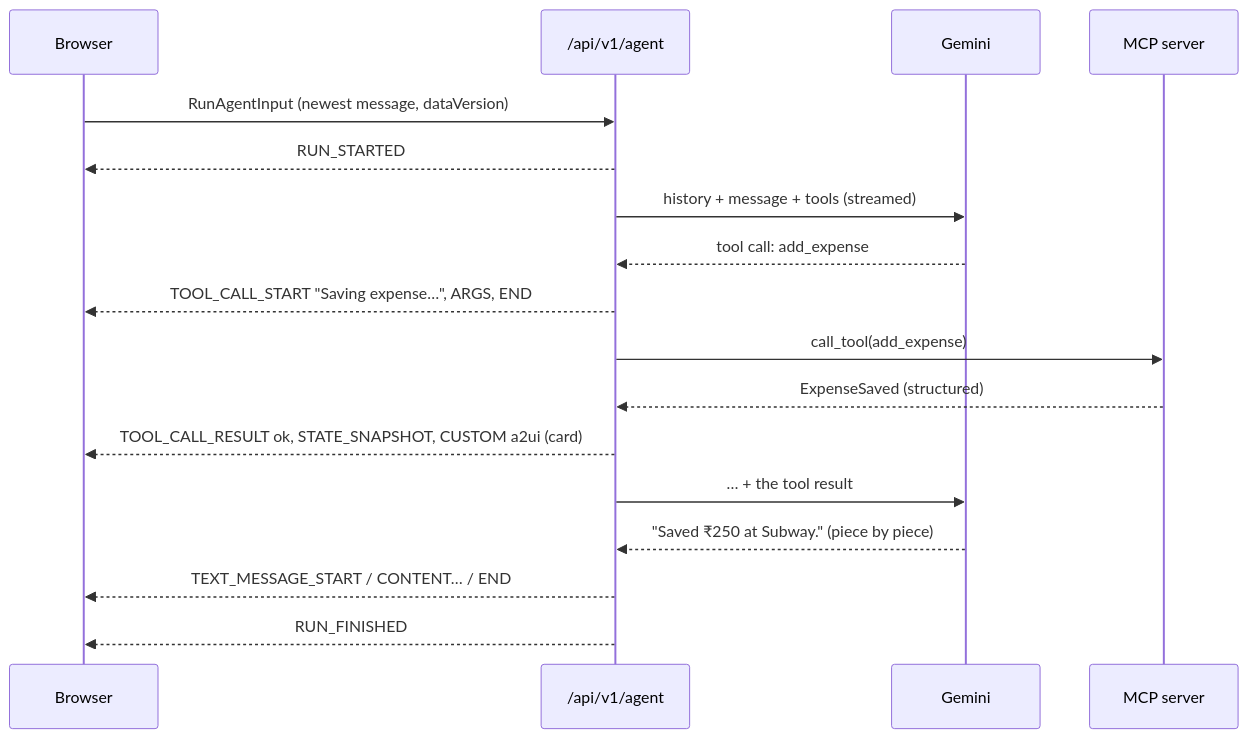
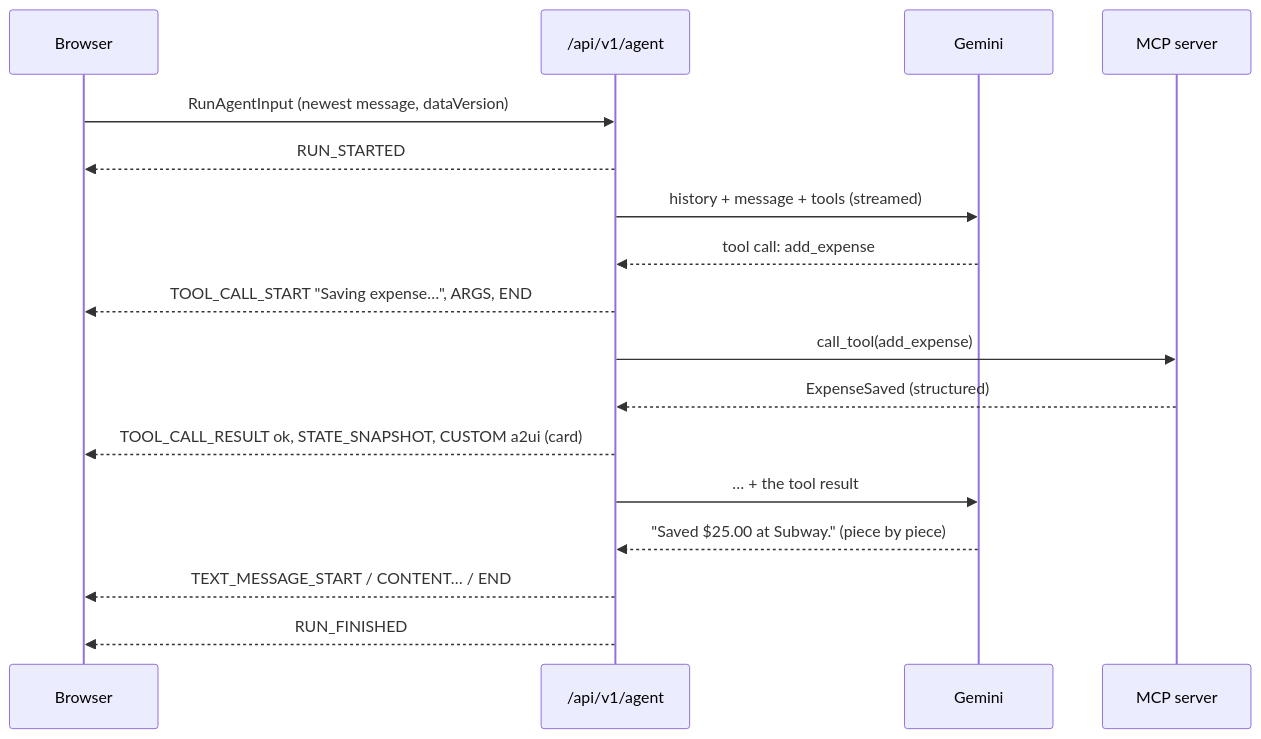
One commit to primecoderIN/trackwise.ai changed the third of 6 diagrams in docs/assistant_architecture.md. Above: the diagram before and after it, drawn with Mermaid. The commit also changed other lines of this file and 124 other files, not shown here.

````diff
--- a/docs/assistant_architecture.md
+++ b/docs/assistant_architecture.md
@@ -144,19 +144,19 @@
 ```mermaid
 sequenceDiagram
     participant B as Browser
     participant A as /api/v1/agent
     participant G as Gemini
     participant M as MCP server
     B->>A: RunAgentInput (newest message, dataVersion)
     A-->>B: RUN_STARTED
     A->>G: history + message + tools (streamed)
     G-->>A: tool call: add_expense
     A-->>B: TOOL_CALL_START "Saving expense…", ARGS, END
     A->>M: call_tool(add_expense)
     M-->>A: ExpenseSaved (structured)
     A-->>B: TOOL_CALL_RESULT ok, STATE_SNAPSHOT, CUSTOM a2ui (card)
     A->>G: … + the tool result
-    G-->>A: "Saved ₹250 at Subway." (piece by piece)
+    G-->>A: "Saved $25.00 at Subway." (piece by piece)
     A-->>B: TEXT_MESSAGE_START / CONTENT… / END
     A-->>B: RUN_FINISHED
 ```
````
